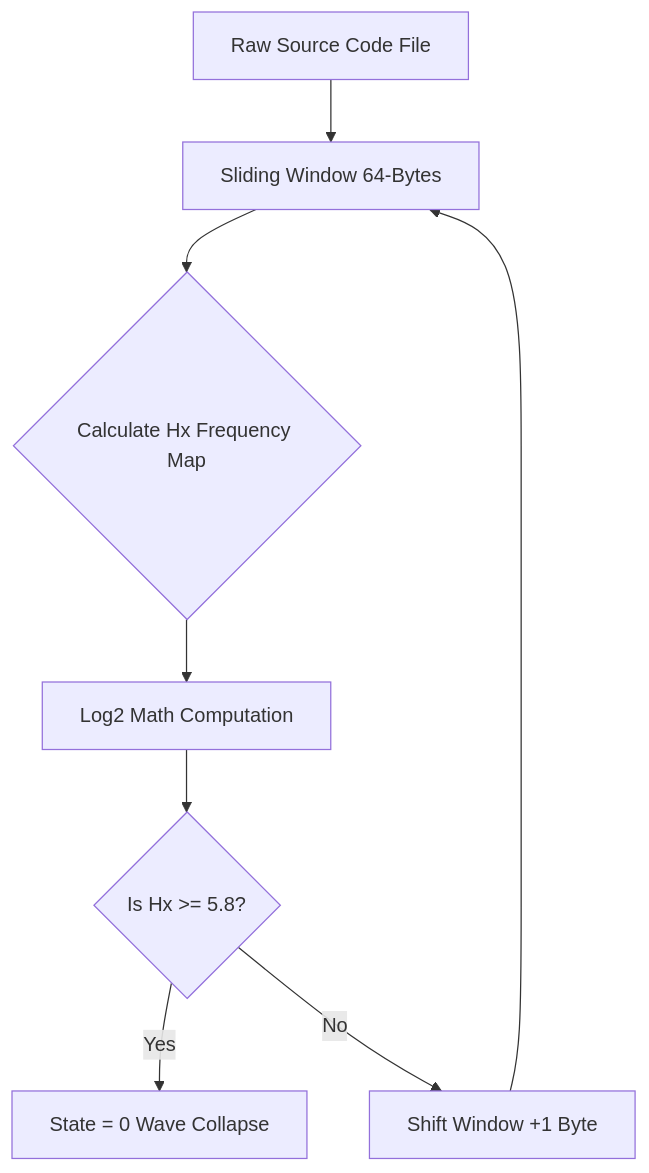
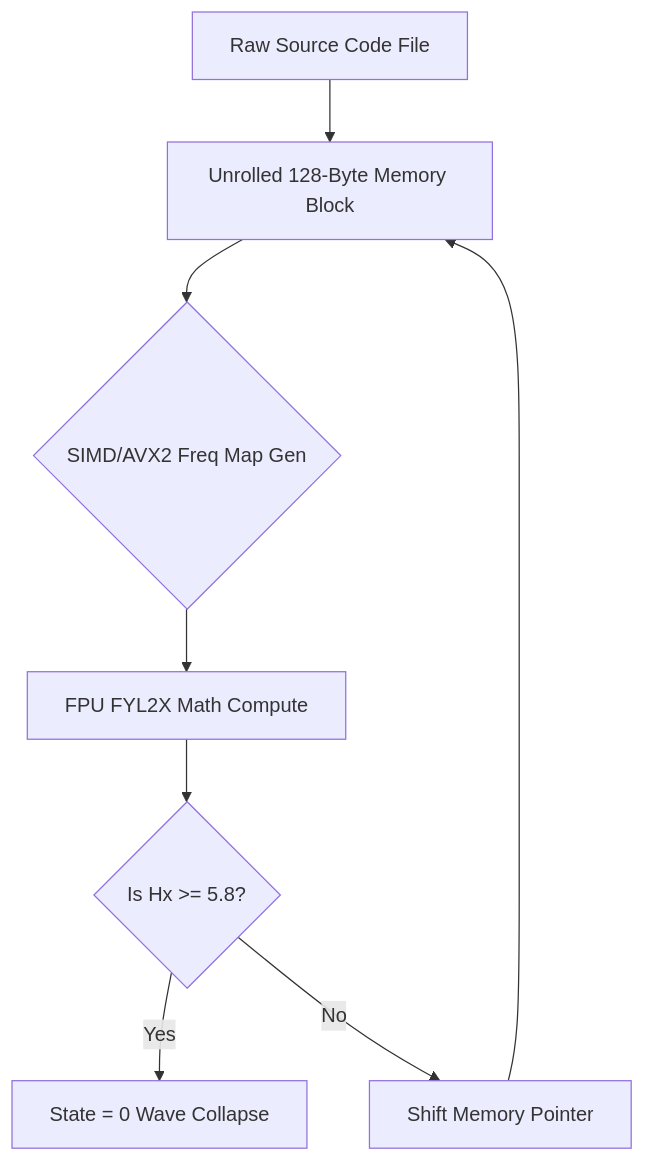
The second of 2 diagrams in Documents/Module3_ShannonEntropy_Architecture.md (Zeo120/ZTL-Tech), drawn with Mermaid before and after one commit. The commit also changed other lines of this file, not shown here.

Commit message:
docs(phasr-model): update Module 3 architecture doc to reflect unrolled FPU assembly implementation

````diff
--- a/Documents/Module3_ShannonEntropy_Architecture.md
+++ b/Documents/Module3_ShannonEntropy_Architecture.md
@@ -34,10 +39,10 @@
 ```mermaid
 graph TD
-    A[Raw Source Code File] --> B[Sliding Window 64-Bytes]
-    B --> C{Calculate Hx Frequency Map}
-    C --> D[Log2 Math Computation]
+    A[Raw Source Code File] --> B[Unrolled 128-Byte Memory Block]
+    B --> C{SIMD/AVX2 Freq Map Gen}
+    C --> D[FPU FYL2X Math Compute]
     D --> E{Is Hx >= 5.8?}
     E -- Yes --> F[State = 0 Wave Collapse]
-    E -- No --> G[Shift Window +1 Byte]
+    E -- No --> G[Shift Memory Pointer]
     G --> B
 ```
````
